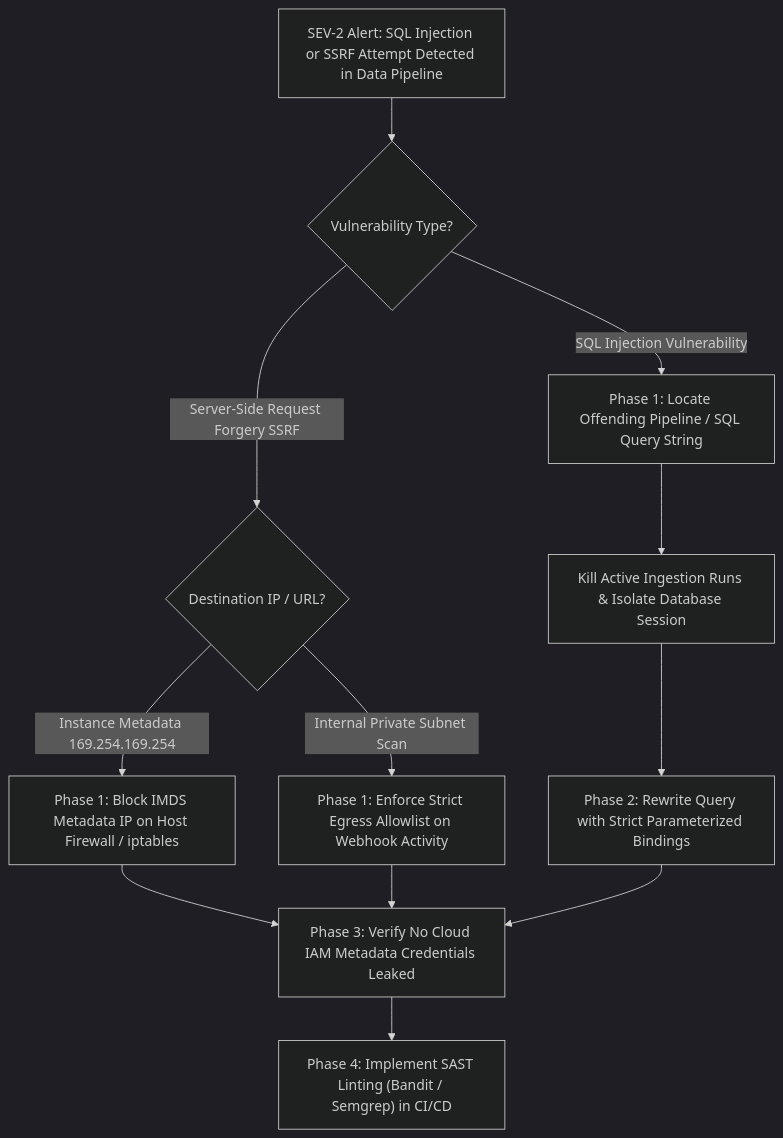
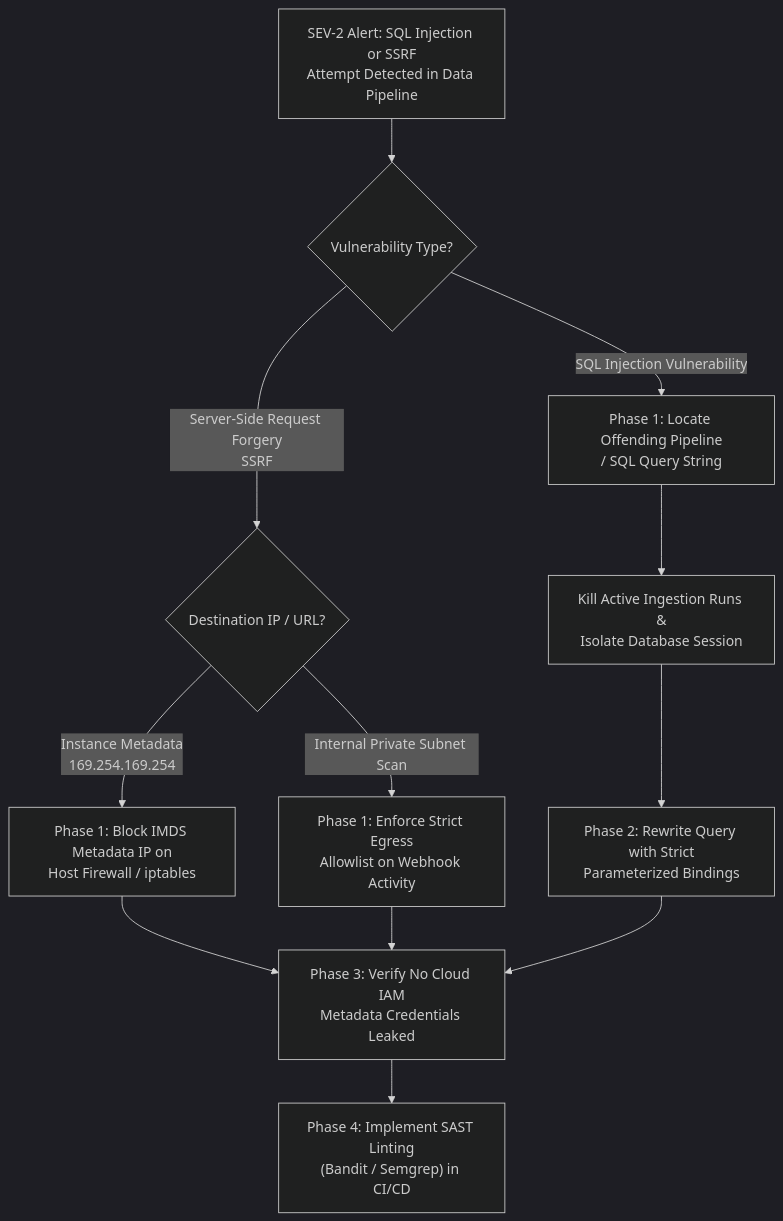
The diagram in runbooks/04_data_pipeline_ssrf_and_sql_injection_remediation.md (santoshjammi29/security-handbook), drawn with Mermaid (dark theme) before and after one commit. The commit also changed 22 other files, not shown here.

Commit message:
fix(diagrams): word-wrap labels and escape comparison operators across all diagrams

````diff
--- a/runbooks/04_data_pipeline_ssrf_and_sql_injection_remediation.md
+++ b/runbooks/04_data_pipeline_ssrf_and_sql_injection_remediation.md
@@ -11,18 +11,18 @@
 ```mermaid
 flowchart TD
-    Alert["SEV-2 Alert: SQL Injection or SSRF Attempt Detected in Data Pipeline"] --> Classify{"Vulnerability Type?"}
+    Alert["SEV-2 Alert: SQL Injection or SSRF<br/>Attempt Detected in Data Pipeline"] --> Classify{"Vulnerability Type?"}
 
-    Classify -->|Server-Side Request Forgery SSRF| CheckDest{"Destination IP / URL?"}
-    CheckDest -->|Instance Metadata 169.254.169.254| BlockIMDS["Phase 1: Block IMDS Metadata IP on Host Firewall / iptables"]
-    CheckDest -->|Internal Private Subnet Scan| BlockInternal["Phase 1: Enforce Strict Egress Allowlist on Webhook Activity"]
+    Classify -->|"Server-Side Request Forgery<br/>SSRF"| CheckDest{"Destination IP / URL?"}
+    CheckDest -->|"Instance Metadata<br/>169.254.169.254"| BlockIMDS["Phase 1: Block IMDS Metadata IP on<br/>Host Firewall / iptables"]
+    CheckDest -->|Internal Private Subnet Scan| BlockInternal["Phase 1: Enforce Strict Egress<br/>Allowlist on Webhook Activity"]
 
-    Classify -->|SQL Injection Vulnerability| FindPipeline["Phase 1: Locate Offending Pipeline / SQL Query String"]
-    FindPipeline --> TerminateRun["Kill Active Ingestion Runs & Isolate Database Session"]
-    TerminateRun --> ParamRewrite["Phase 2: Rewrite Query with Strict Parameterized Bindings"]
+    Classify -->|SQL Injection Vulnerability| FindPipeline["Phase 1: Locate Offending Pipeline<br/>/ SQL Query String"]
+    FindPipeline --> TerminateRun["Kill Active Ingestion Runs &<br/>Isolate Database Session"]
+    TerminateRun --> ParamRewrite["Phase 2: Rewrite Query with Strict<br/>Parameterized Bindings"]
 
-    BlockIMDS --> Recovery["Phase 3: Verify No Cloud IAM Metadata Credentials Leaked"]
+    BlockIMDS --> Recovery["Phase 3: Verify No Cloud IAM<br/>Metadata Credentials Leaked"]
     BlockInternal --> Recovery
     ParamRewrite --> Recovery
 
-    Recovery --> PostMortem["Phase 4: Implement SAST Linting (Bandit / Semgrep) in CI/CD"]
+    Recovery --> PostMortem["Phase 4: Implement SAST Linting<br/>(Bandit / Semgrep) in CI/CD"]
 ```
````
